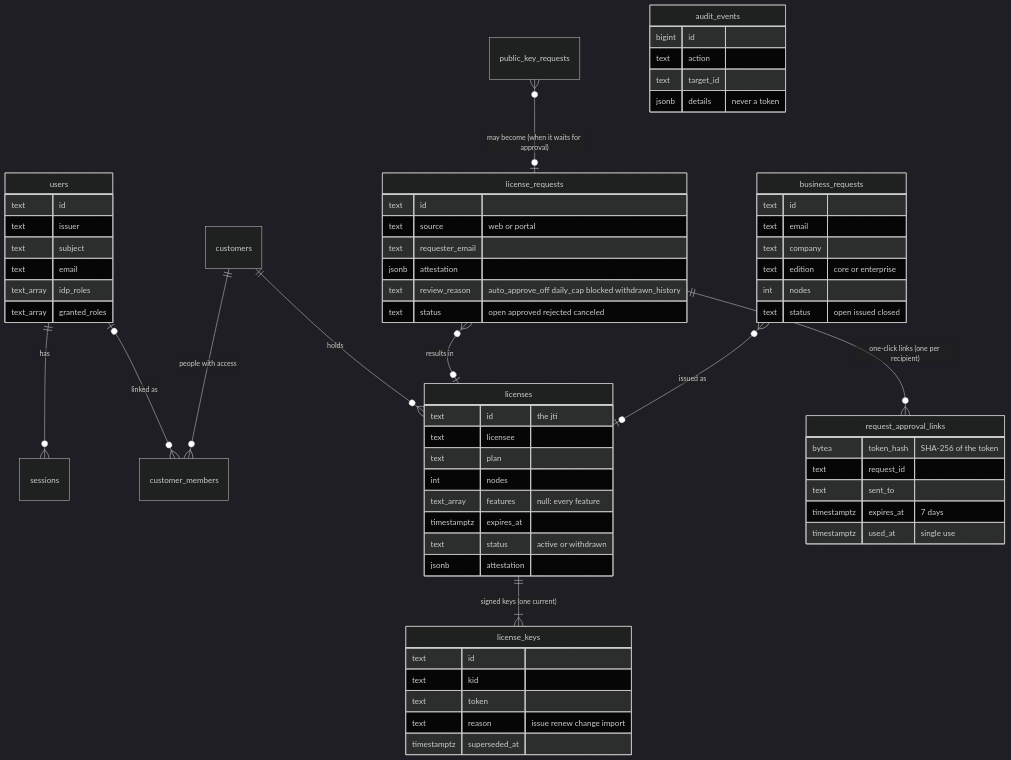
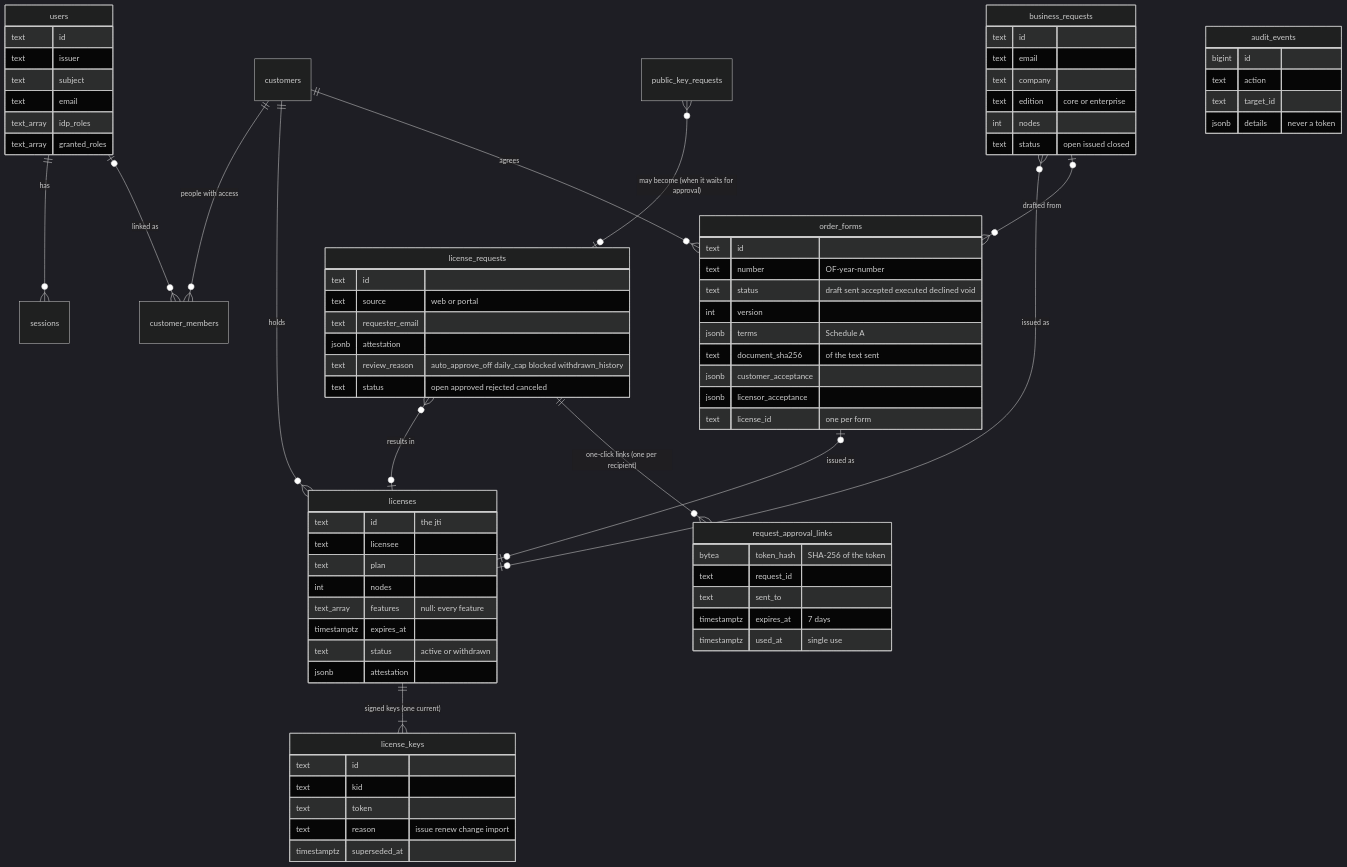
Before and after one commit to robertherbaugh/kudurru: the tenth of 10 diagrams in license-server/docs/architecture.md, drawn with Mermaid (dark theme). The commit also changed other lines of this file and 50 other files, not shown here.

````diff
--- a/license-server/docs/architecture.md
+++ b/license-server/docs/architecture.md
@@ -232,66 +287,80 @@
 ```mermaid
 erDiagram
     users ||--o{ sessions : has
     users |o--o{ customer_members : "linked as"
     customers ||--o{ customer_members : "people with access"
     customers ||--o{ licenses : holds
     licenses ||--|{ license_keys : "signed keys (one current)"
     license_requests }o--o| licenses : "results in"
     license_requests ||--o{ request_approval_links : "one-click links (one per recipient)"
     public_key_requests }o--o| license_requests : "may become (when it waits for approval)"
     business_requests }o--o| licenses : "issued as"
+    customers ||--o{ order_forms : "agrees"
+    business_requests |o--o{ order_forms : "drafted from"
+    order_forms |o--o| licenses : "issued as"
     users {
         text id
         text issuer
         text subject
         text email
         text_array idp_roles
         text_array granted_roles
     }
     licenses {
         text id "the jti"
         text licensee
         text plan
         int nodes
         text_array features "null: every feature"
         timestamptz expires_at
         text status "active or withdrawn"
         jsonb attestation
     }
     license_keys {
         text id
         text kid
         text token
         text reason "issue renew change import"
         timestamptz superseded_at
     }
     license_requests {
         text id
         text source "web or portal"
         text requester_email
         jsonb attestation
         text review_reason "auto_approve_off daily_cap blocked withdrawn_history"
         text status "open approved rejected canceled"
     }
     business_requests {
         text id
         text email
         text company
         text edition "core or enterprise"
         int nodes
         text status "open issued closed"
     }
+    order_forms {
+        text id
+        text number "OF-year-number"
+        text status "draft sent accepted executed declined void"
+        int version
+        jsonb terms "Schedule A"
+        text document_sha256 "of the text sent"
+        jsonb customer_acceptance
+        jsonb licensor_acceptance
+        text license_id "one per form"
+    }
     request_approval_links {
         bytea token_hash "SHA-256 of the token"
         text request_id
         text sent_to
         timestamptz expires_at "7 days"
         timestamptz used_at "single use"
     }
     audit_events {
         bigint id
         text action
         text target_id
         jsonb details "never a token"
     }
 ```
````
